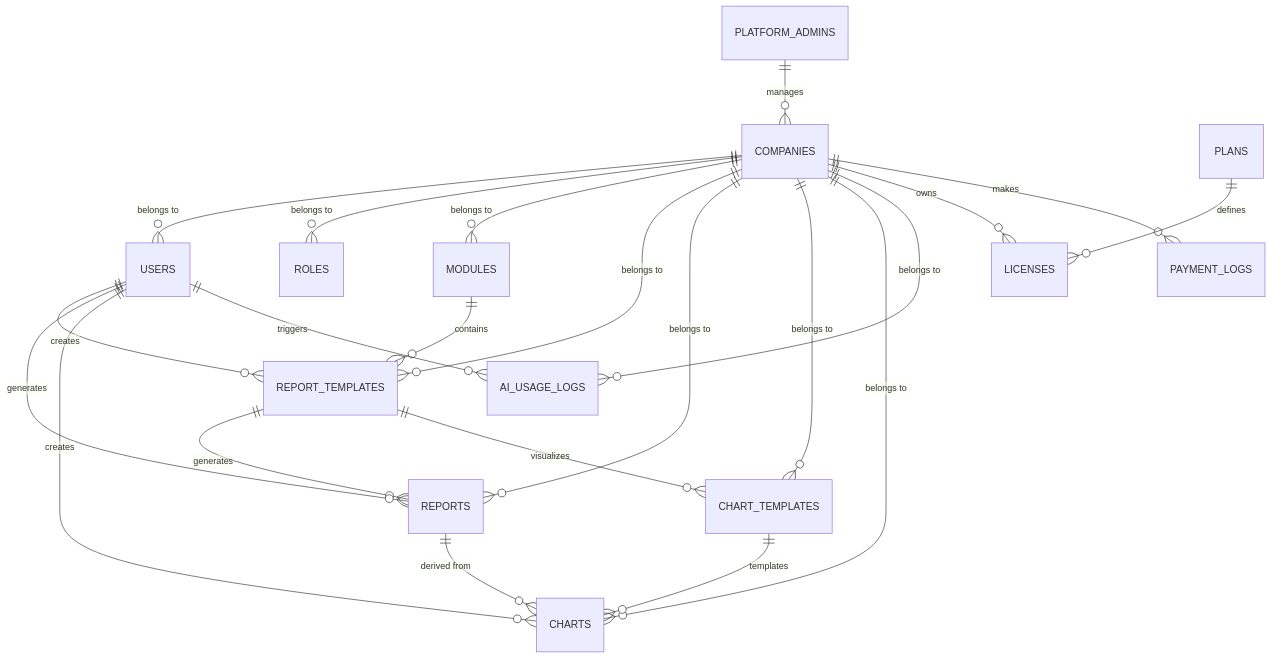
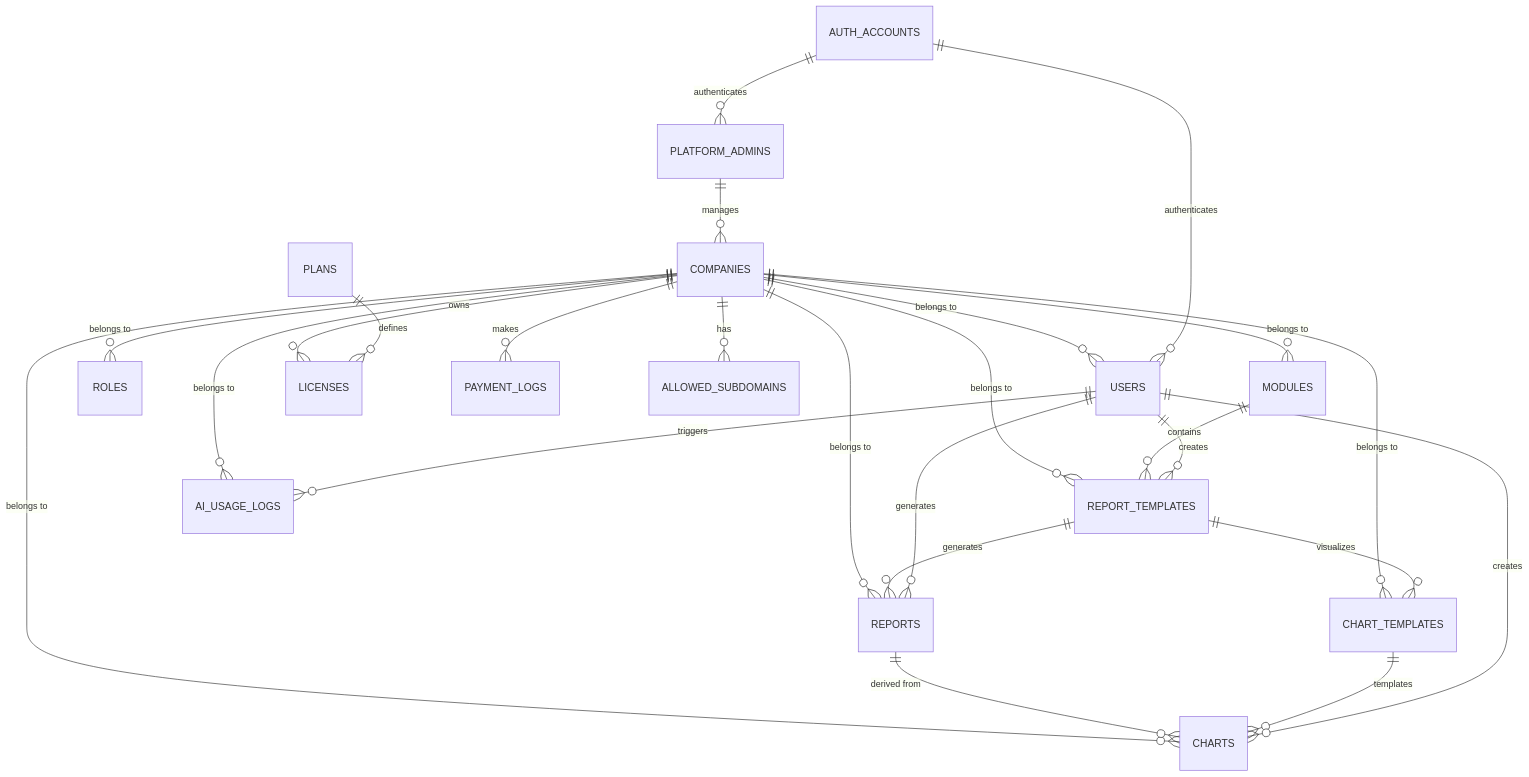
The diagram in ai-workspace/docs/db-architecture.md (BasudevBharatBhushan/kibiai), drawn with Mermaid before and after one commit. The commit also changed other lines of this file and 4 other files, not shown here.

Commit message:
docs: define platform architecture and initialize chart generation planning and API route.

````diff
--- a/ai-workspace/docs/db-architecture.md
+++ b/ai-workspace/docs/db-architecture.md
@@ -27,25 +27,28 @@
 ```mermaid
 erDiagram
     COMPANIES ||--o{ USERS : "belongs to"
     COMPANIES ||--o{ ROLES : "belongs to"
     COMPANIES ||--o{ MODULES : "belongs to"
     COMPANIES ||--o{ REPORT_TEMPLATES : "belongs to"
     COMPANIES ||--o{ REPORTS : "belongs to"
     COMPANIES ||--o{ CHART_TEMPLATES : "belongs to"
     COMPANIES ||--o{ CHARTS : "belongs to"
     COMPANIES ||--o{ AI_USAGE_LOGS : "belongs to"
     COMPANIES ||--o{ LICENSES : "owns"
     COMPANIES ||--o{ PAYMENT_LOGS : "makes"
+    COMPANIES ||--o{ ALLOWED_SUBDOMAINS : "has"
     PLATFORM_ADMINS ||--o{ COMPANIES : "manages"
+    AUTH_ACCOUNTS ||--o{ USERS : "authenticates"
+    AUTH_ACCOUNTS ||--o{ PLATFORM_ADMINS : "authenticates"
 
     MODULES ||--o{ REPORT_TEMPLATES : "contains"
     REPORT_TEMPLATES ||--o{ REPORTS : "generates"
     REPORT_TEMPLATES ||--o{ CHART_TEMPLATES : "visualizes"
     REPORTS ||--o{ CHARTS : "derived from"
     CHART_TEMPLATES ||--o{ CHARTS : "templates"
     USERS ||--o{ REPORT_TEMPLATES : "creates"
     USERS ||--o{ REPORTS : "generates"
     USERS ||--o{ CHARTS : "creates"
     USERS ||--o{ AI_USAGE_LOGS : "triggers"
     PLANS ||--o{ LICENSES : "defines"
 ```
````
